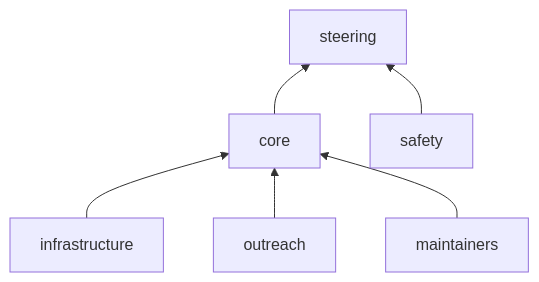
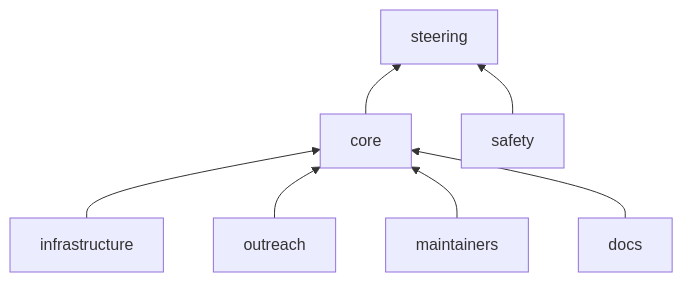
Before and after one commit to nf-core/website: the diagram in sites/main-site/src/content/about/governance.mdx, drawn with Mermaid. The commit also changed other lines of this file, not shown here.

````diff
--- a/sites/main-site/src/content/about/governance.mdx
+++ b/sites/main-site/src/content/about/governance.mdx
@@ -18,8 +18,9 @@
 ```mermaid
 flowchart BT
     core --> steering
     infrastructure --> core
     outreach --> core
     maintainers --> core
     safety --> steering
+    docs --> core
 ```
````
